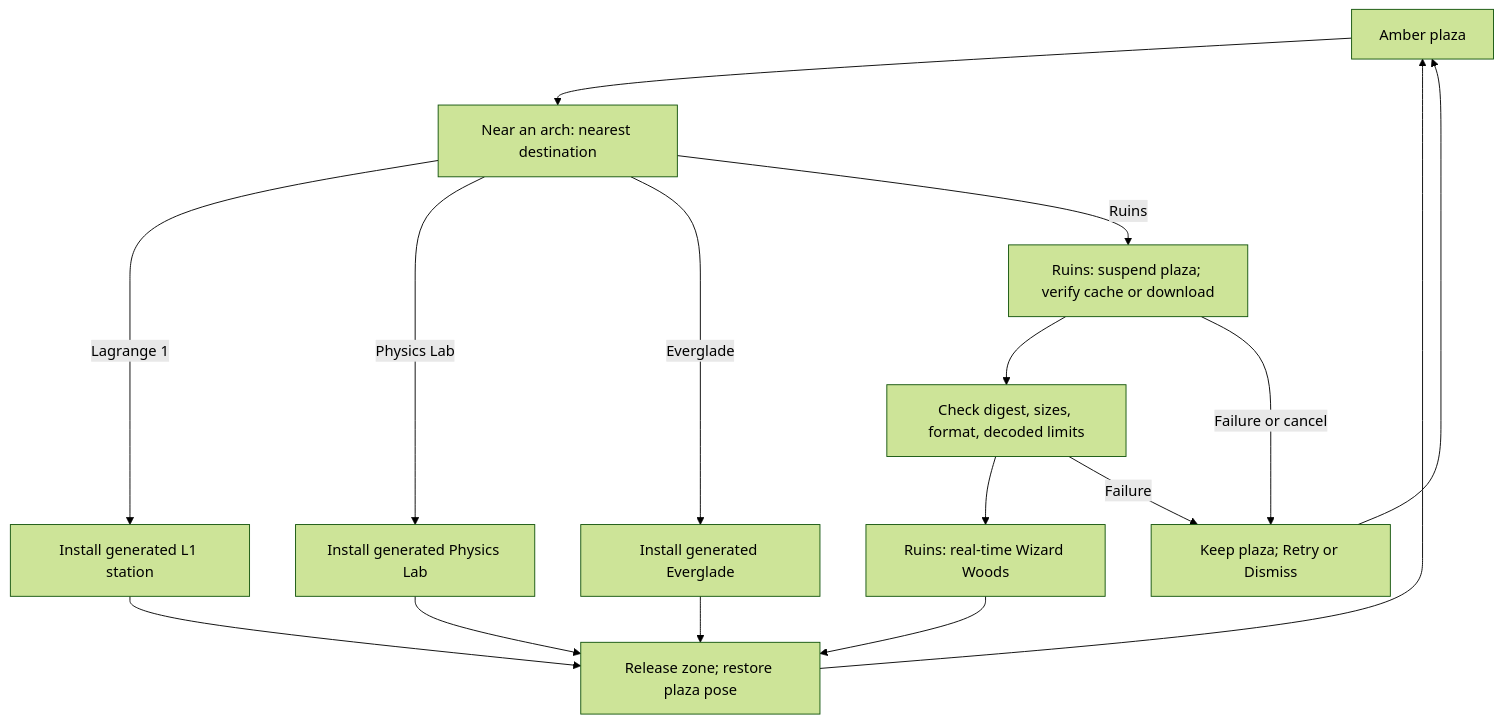
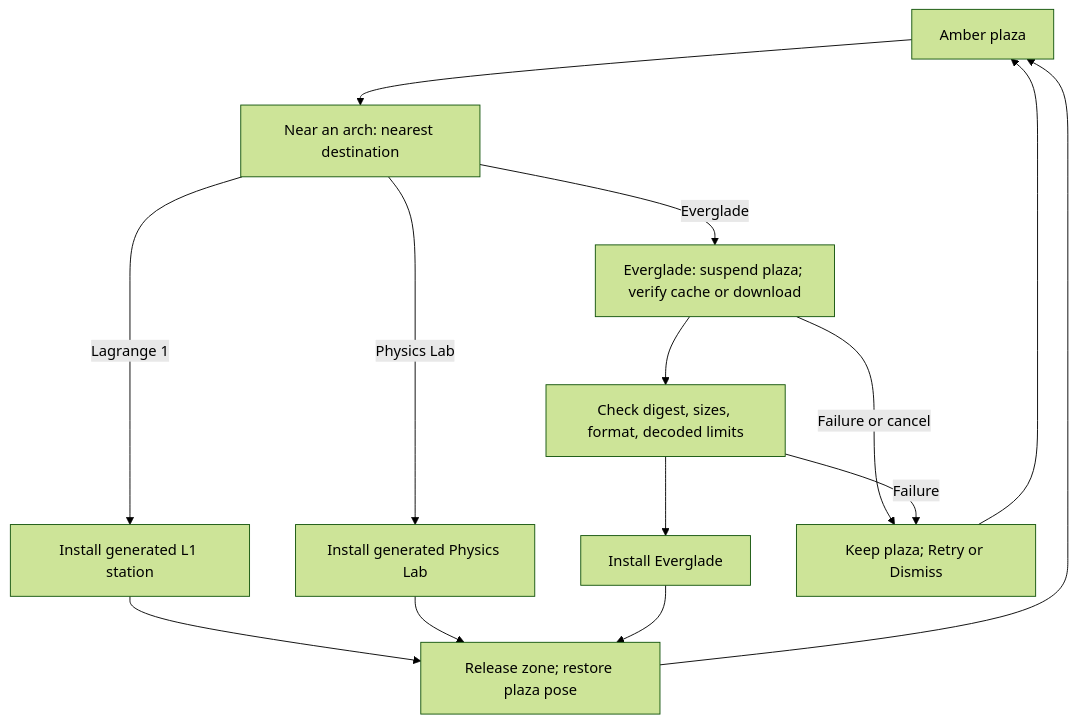
Before and after one commit to OpenAgentsInc/openagents: the diagram in docs/verse/zones.md, drawn with Mermaid (forest theme). The commit also changed other lines of this file and 269 other files, not shown here.

First line of the commit message:
Remove the Ruins zone and its plaza portal

````diff
--- a/docs/verse/zones.md
+++ b/docs/verse/zones.md
@@ -201,28 +193,25 @@
 ```mermaid
 flowchart TD
     Plaza["Amber plaza"]
     Near["Near an arch: nearest destination"]
     L1["Install generated L1 station"]
     Lab["Install generated Physics Lab"]
-    Glade["Install generated Everglade"]
-    Prepare["Ruins: suspend plaza; verify cache or download"]
+    Prepare["Everglade: suspend plaza; verify cache or download"]
     Decode["Check digest, sizes, format, decoded limits"]
-    Ruins["Ruins: real-time Wizard Woods"]
+    Glade["Install Everglade"]
     Failed["Keep plaza; Retry or Dismiss"]
     Return["Release zone; restore plaza pose"]
     Plaza --> Near
     Near -->|Lagrange 1| L1
     Near -->|Physics Lab| Lab
-    Near -->|Everglade| Glade
-    Near -->|Ruins| Prepare
+    Near -->|Everglade| Prepare
     Prepare --> Decode
-    Decode --> Ruins
+    Decode --> Glade
     Prepare -->|Failure or cancel| Failed
     Decode -->|Failure| Failed
     Failed --> Plaza
-    Ruins --> Return
     L1 --> Return
     Lab --> Return
     Glade --> Return
     Return --> Plaza
 ```
````
